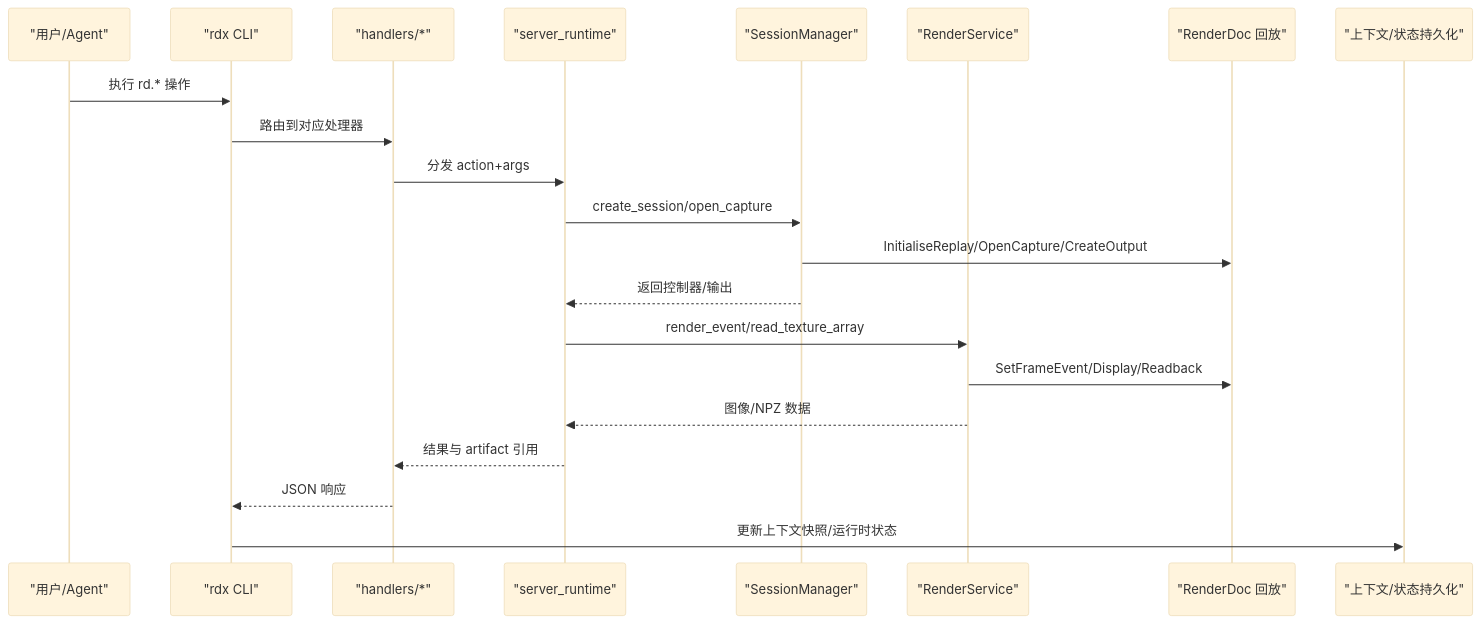
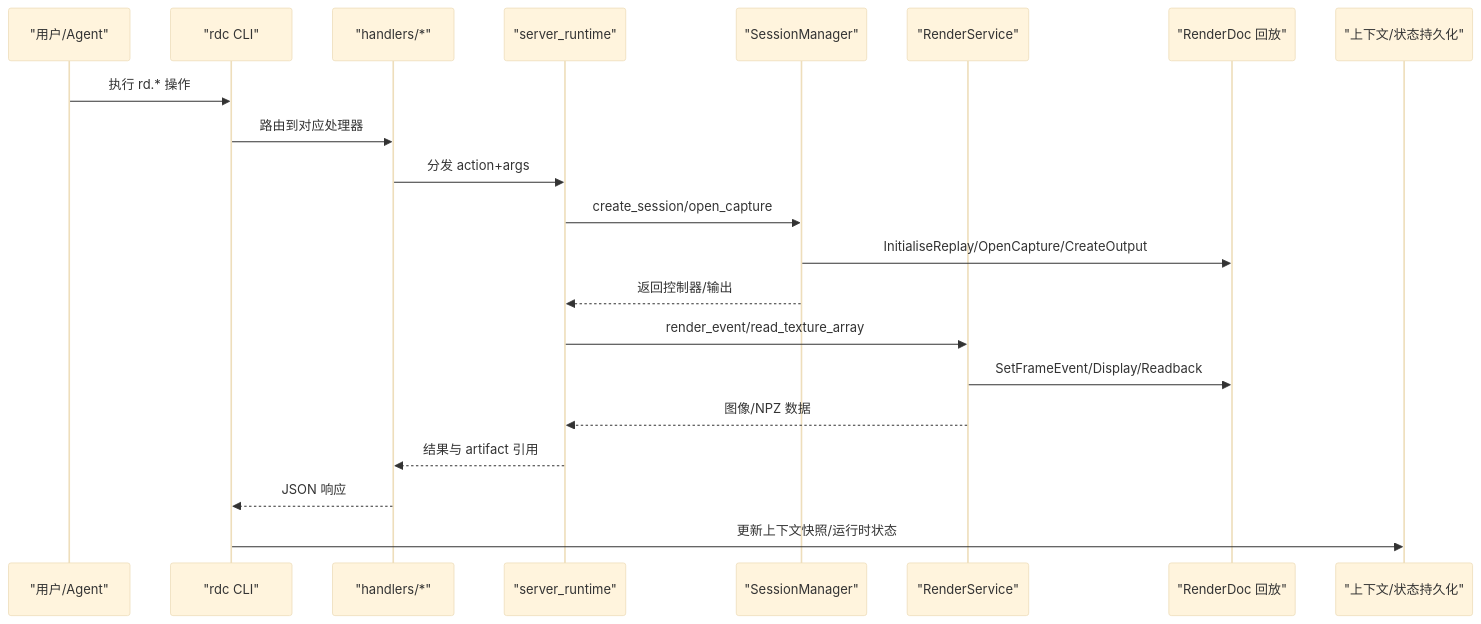
Before and after one commit to haolange/RDC-Tool: the second of 9 diagrams in .qoder/repowiki/zh/content/核心概念/核心概念.md, drawn with Mermaid (base theme). The commit also changed other lines of this file and 388 other files, not shown here.

````diff
--- a/.qoder/repowiki/zh/content/核心概念/核心概念.md
+++ b/.qoder/repowiki/zh/content/核心概念/核心概念.md
@@ -98,23 +98,23 @@
 ```mermaid
 sequenceDiagram
 participant U as "用户/Agent"
-participant CLI as "rdx CLI"
+participant CLI as "rdc CLI"
 participant H as "handlers/*"
 participant SR as "server_runtime"
 participant SM as "SessionManager"
 participant RS as "RenderService"
 participant RD as "RenderDoc 回放"
 participant ST as "上下文/状态持久化"
 U->>CLI : 执行 rd.* 操作
 CLI->>H : 路由到对应处理器
 H->>SR : 分发 action+args
 SR->>SM : create_session/open_capture
 SM->>RD : InitialiseReplay/OpenCapture/CreateOutput
 SM-->>SR : 返回控制器/输出
 SR->>RS : render_event/read_texture_array
 RS->>RD : SetFrameEvent/Display/Readback
 RS-->>SR : 图像/NPZ 数据
 SR-->>H : 结果与 artifact 引用
 H-->>CLI : JSON 响应
 CLI->>ST : 更新上下文快照/运行时状态
 ```
````
